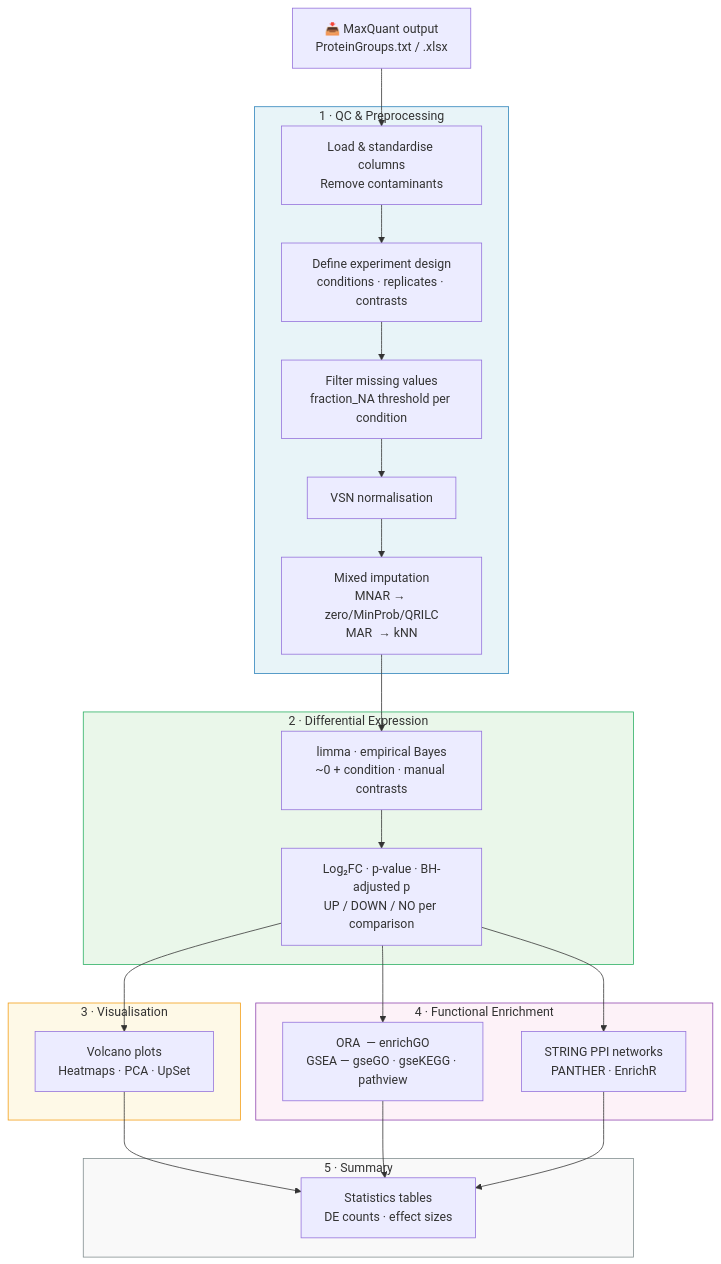
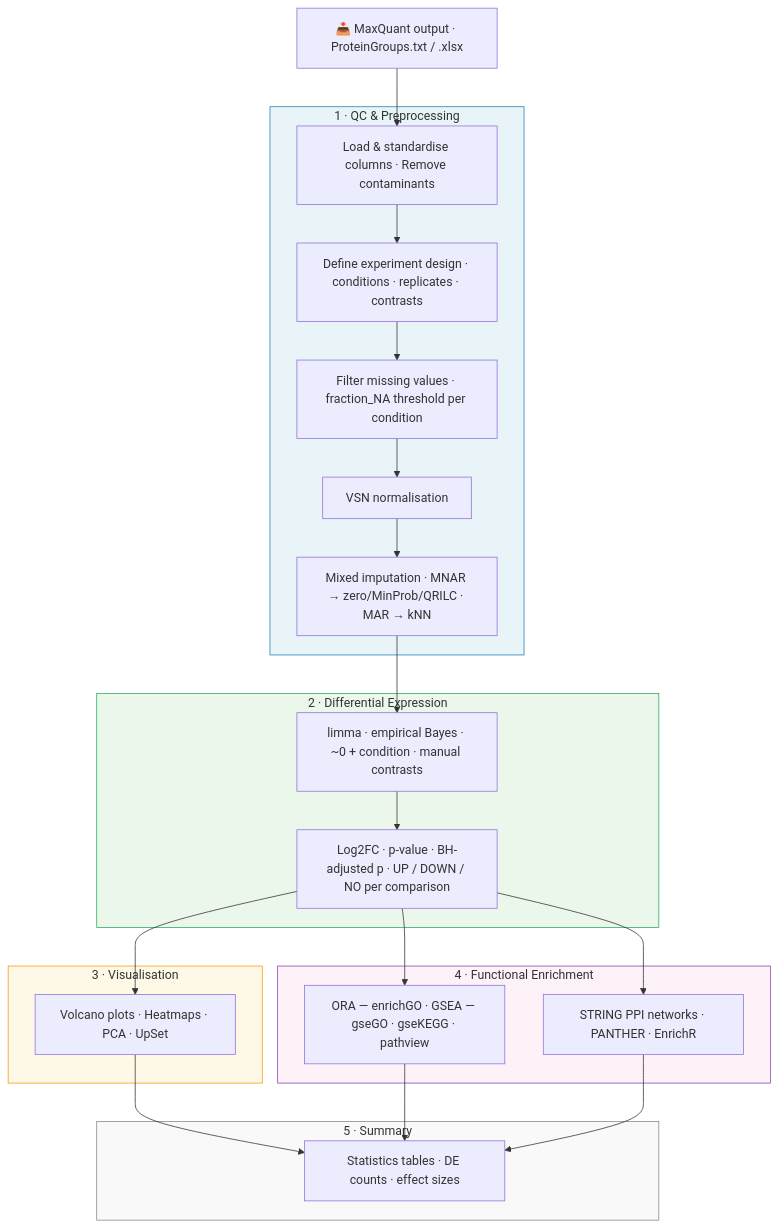
The diagram in README.md (SLopezBegines/Proteomics), drawn with Mermaid before and after one commit.

Commit message:
Fix Mermaid diagram: remove space in fence, replace \n with single-line labels

````diff
--- a/README.md
+++ b/README.md
@@ -9,36 +9,36 @@
-``` mermaid
+```mermaid
 flowchart TD
-    A["📥 MaxQuant output\nProteinGroups.txt / .xlsx"] --> B
+    A["📥 MaxQuant output · ProteinGroups.txt / .xlsx"] --> B
 
     subgraph QC ["1 · QC & Preprocessing"]
-        B["Load & standardise columns\nRemove contaminants"]
-        B --> C["Define experiment design\nconditions · replicates · contrasts"]
-        C --> D["Filter missing values\nfraction_NA threshold per condition"]
+        B["Load & standardise columns · Remove contaminants"]
+        B --> C["Define experiment design · conditions · replicates · contrasts"]
+        C --> D["Filter missing values · fraction_NA threshold per condition"]
         D --> E["VSN normalisation"]
-        E --> F["Mixed imputation\nMNAR → zero/MinProb/QRILC\nMAR  → kNN"]
+        E --> F["Mixed imputation · MNAR → zero/MinProb/QRILC · MAR → kNN"]
     end
 
     subgraph DE ["2 · Differential Expression"]
-        F --> G["limma · empirical Bayes\n~0 + condition · manual contrasts"]
-        G --> H["Log₂FC · p-value · BH-adjusted p\nUP / DOWN / NO per comparison"]
+        F --> G["limma · empirical Bayes · ~0 + condition · manual contrasts"]
+        G --> H["Log2FC · p-value · BH-adjusted p · UP / DOWN / NO per comparison"]
     end
 
     subgraph VIZ ["3 · Visualisation"]
-        H --> I["Volcano plots\nHeatmaps · PCA · UpSet"]
+        H --> I["Volcano plots · Heatmaps · PCA · UpSet"]
     end
 
     subgraph ENRICH ["4 · Functional Enrichment"]
-        H --> J["ORA  — enrichGO\nGSEA — gseGO · gseKEGG · pathview"]
-        H --> K["STRING PPI networks\nPANTHER · EnrichR"]
+        H --> J["ORA — enrichGO · GSEA — gseGO · gseKEGG · pathview"]
+        H --> K["STRING PPI networks · PANTHER · EnrichR"]
     end
 
     subgraph SUMM ["5 · Summary"]
-        I & J & K --> L["Statistics tables\nDE counts · effect sizes"]
+        I & J & K --> L["Statistics tables · DE counts · effect sizes"]
     end
 
     style QC fill:#e8f4f8,stroke:#2980b9
     style DE fill:#eaf7ea,stroke:#27ae60
     style VIZ fill:#fef9e7,stroke:#f39c12
     style ENRICH fill:#fdf2f8,stroke:#8e44ad
     style SUMM fill:#f9f9f9,stroke:#7f8c8d
 ```
````
